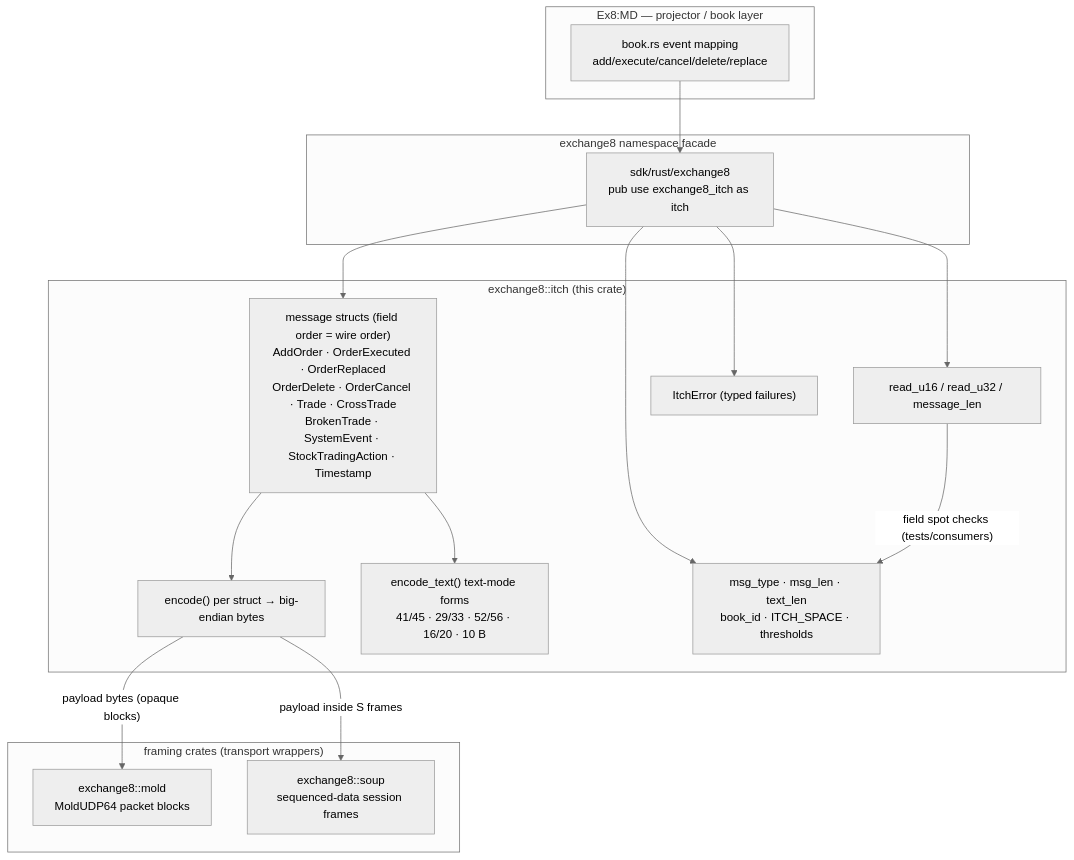
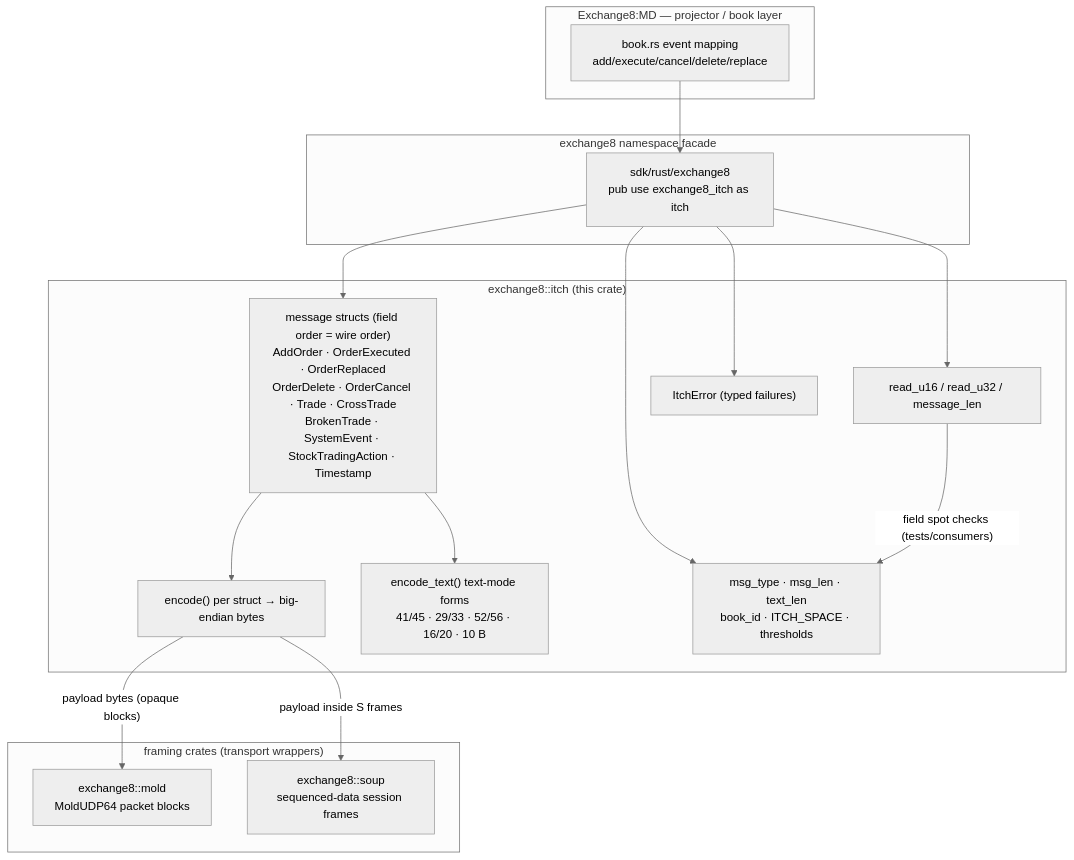
One commit to Exchange8-dev/exchange8-sdk changed the first of 7 diagrams in crates/itch/DESIGN.md. Above: the diagram before and after it, drawn with Mermaid (neutral theme). The commit also changed other lines of this file and 29 other files, not shown here.

````diff
--- a/crates/itch/DESIGN.md
+++ b/crates/itch/DESIGN.md
@@ -29,35 +29,35 @@
 ```mermaid
 graph TD
-    subgraph PRODUCER["Ex8:MD — projector / book layer"]
+    subgraph PRODUCER["Exchange8:MD — projector / book layer"]
         BOOK["book.rs event mapping<br/>add/execute/cancel/delete/replace"]
     end
 
     subgraph FACADE["exchange8 namespace facade"]
         SDK["sdk/rust/exchange8<br/>pub use exchange8_itch as itch"]
     end
 
     subgraph CRATE["exchange8::itch (this crate)"]
         STRUCTS["message structs (field order = wire order)<br/>AddOrder · OrderExecuted · OrderReplaced<br/>OrderDelete · OrderCancel · Trade · CrossTrade<br/>BrokenTrade · SystemEvent · StockTradingAction · Timestamp"]
         ENC["encode() per struct → big-endian bytes"]
         TXTE["encode_text() text-mode forms<br/>41/45 · 29/33 · 52/56 · 16/20 · 10 B"]
         VOCAB["msg_type · msg_len · text_len<br/>book_id · ITCH_SPACE · thresholds"]
         READ["read_u16 / read_u32 / message_len"]
         ERR["ItchError (typed failures)"]
     end
 
     subgraph FRAMES["framing crates (transport wrappers)"]
         MOLD["exchange8::mold<br/>MoldUDP64 packet blocks"]
         SOUP["exchange8::soup<br/>sequenced-data session frames"]
     end
 
     BOOK --> SDK
     SDK --> STRUCTS
     SDK --> VOCAB
     SDK --> READ
     SDK --> ERR
     STRUCTS --> ENC
     STRUCTS --> TXTE
     ENC -->|"payload bytes (opaque blocks)"| MOLD
     ENC -->|"payload inside S frames"| SOUP
     READ -->|"field spot checks (tests/consumers)"| VOCAB
 ```
````
